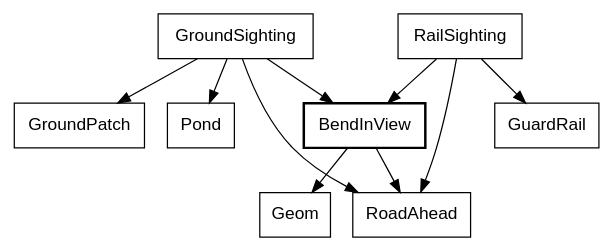
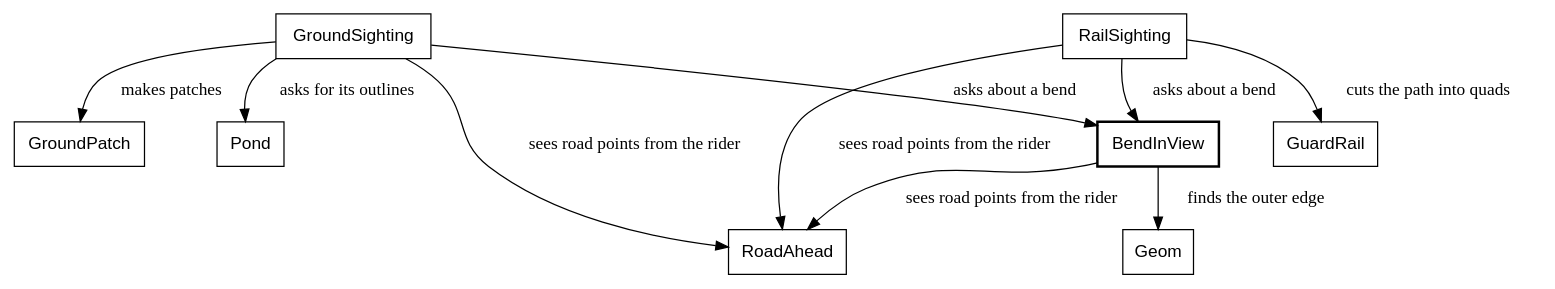
Before and after one commit to showell/roc-apps: diagram 11 of 30 in canvas_apps/safari/tutorial/tutorial.md, drawn with Graphviz. The commit also changed other lines of this file, not shown here.

````diff
--- a/canvas_apps/safari/tutorial/tutorial.md
+++ b/canvas_apps/safari/tutorial/tutorial.md
@@ -925,15 +922,15 @@
 ```dot
 digraph road {
   node [shape=box, fontname="Helvetica"];
   BendInView [style=bold];
-  GroundSighting -> BendInView;
-  RailSighting -> BendInView;
-  GroundSighting -> GroundPatch;
-  GroundSighting -> Pond;
-  RailSighting -> GuardRail;
-  GroundSighting -> RoadAhead;
-  RailSighting -> RoadAhead;
-  BendInView -> RoadAhead;
-  BendInView -> Geom;
+  GroundSighting -> BendInView [label="  asks about a bend"];
+  RailSighting -> BendInView [label="  asks about a bend"];
+  GroundSighting -> GroundPatch [label="  makes patches"];
+  GroundSighting -> Pond [label="  asks for its outlines"];
+  RailSighting -> GuardRail [label="  cuts the path into quads"];
+  GroundSighting -> RoadAhead [label="  sees road points from the rider"];
+  RailSighting -> RoadAhead [label="  sees road points from the rider"];
+  BendInView -> RoadAhead [label="  sees road points from the rider"];
+  BendInView -> Geom [label="  finds the outer edge"];
 }
 ```
````
